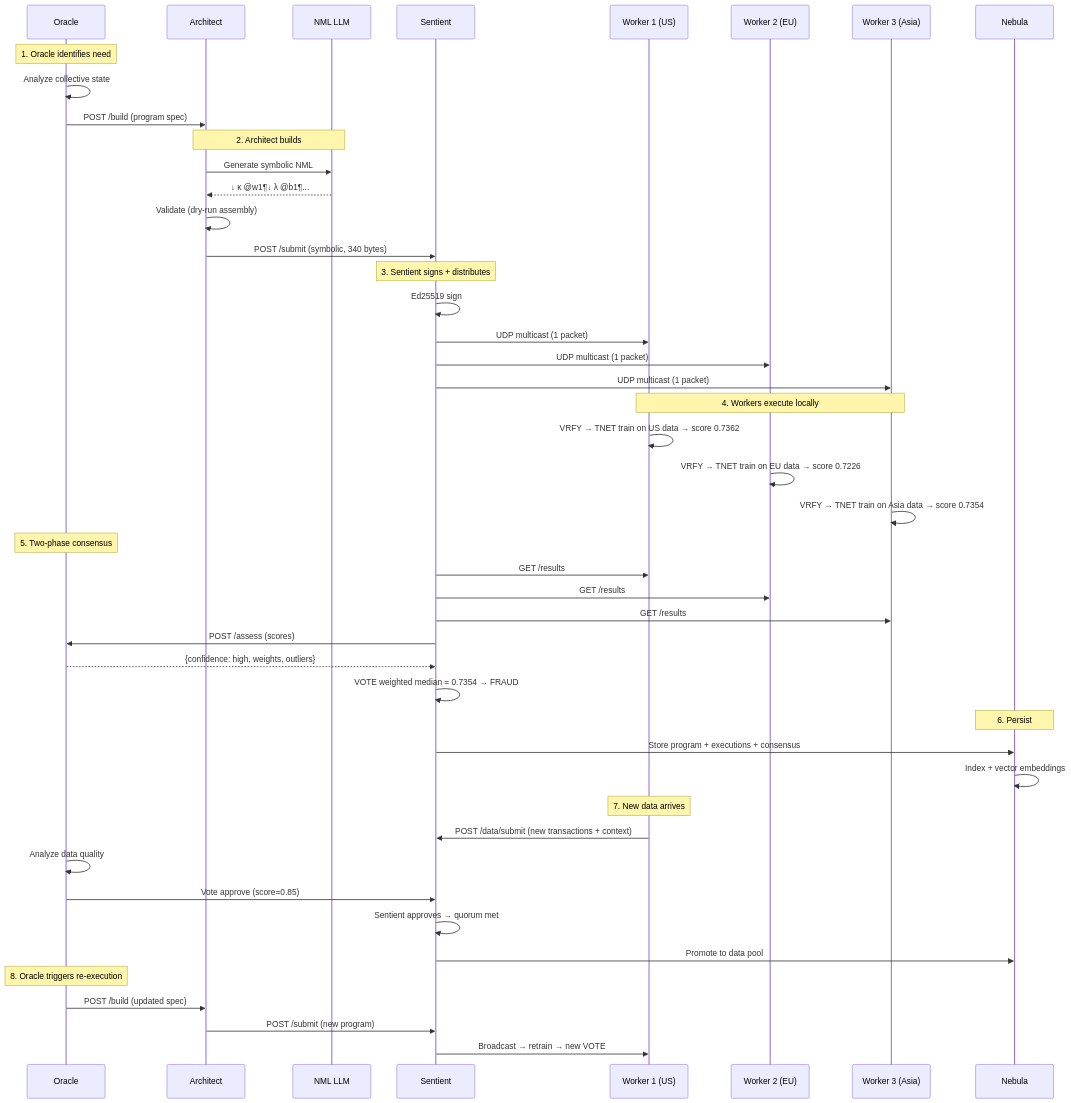
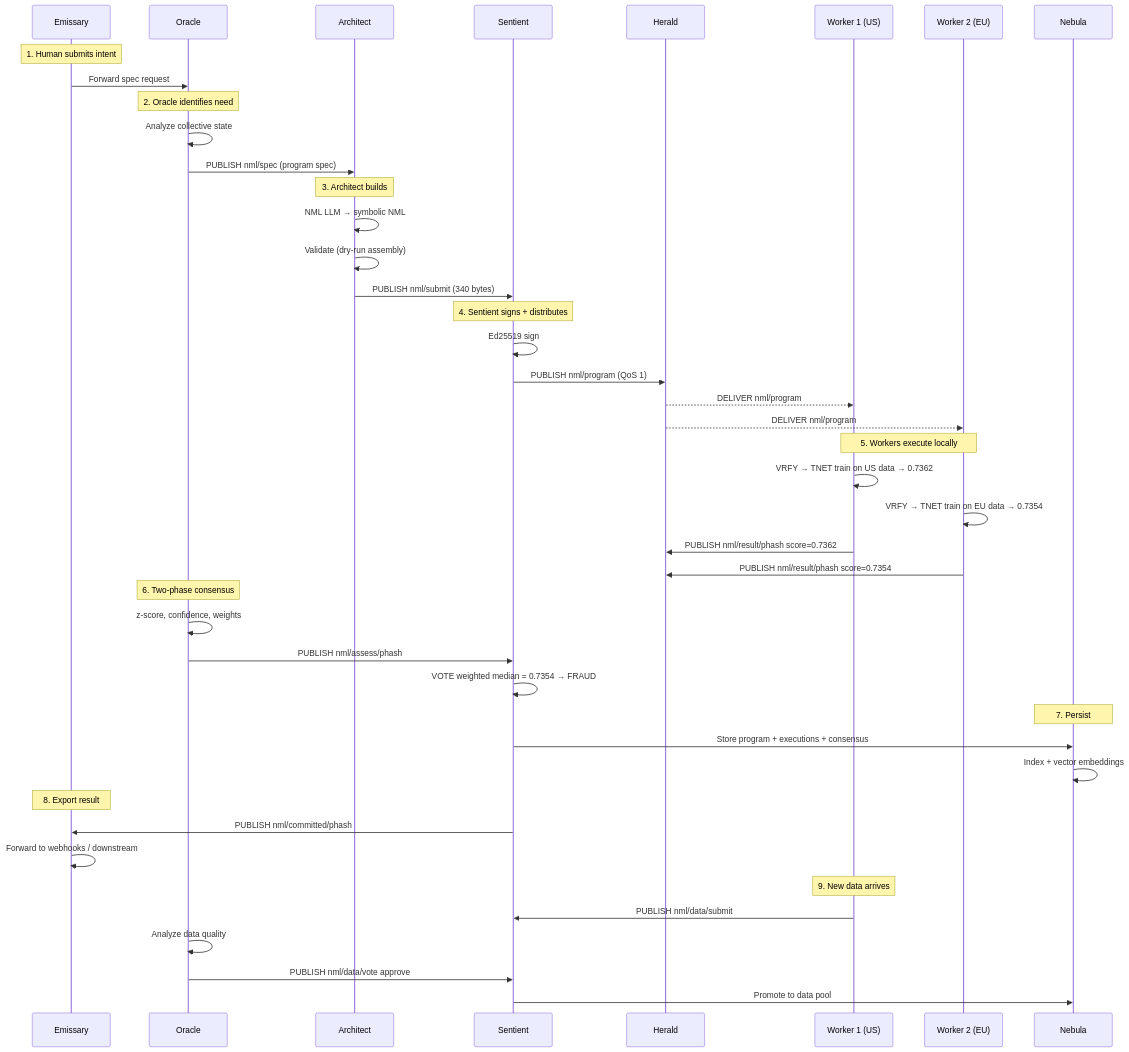
The fifth of 5 diagrams in docs/SYSTEM_ARCHITECTURE.md (dnamaz/nml-collective), drawn with Mermaid before and after one commit. The commit also changed other lines of this file and 82 other files, not shown here.

````diff
--- a/docs/SYSTEM_ARCHITECTURE.md
+++ b/docs/SYSTEM_ARCHITECTURE.md
@@ -187,56 +181,54 @@
 ```mermaid
 sequenceDiagram
+    participant EM as Emissary
     participant O as Oracle
     participant A as Architect
-    participant LLM as NML LLM
     participant S as Sentient
+    participant H as Herald
     participant W1 as Worker 1 (US)
     participant W2 as Worker 2 (EU)
-    participant W3 as Worker 3 (Asia)
     participant N as Nebula
 
-    Note over O: 1. Oracle identifies need
+    Note over EM: 1. Human submits intent
+    EM->>O: Forward spec request
+
+    Note over O: 2. Oracle identifies need
     O->>O: Analyze collective state
-    O->>A: POST /build (program spec)
+    O->>A: PUBLISH nml/spec (program spec)
 
-    Note over A,LLM: 2. Architect builds
-    A->>LLM: Generate symbolic NML
-    LLM-->>A: ↓ κ @w1¶↓ λ @b1¶...
+    Note over A: 3. Architect builds
+    A->>A: NML LLM → symbolic NML
     A->>A: Validate (dry-run assembly)
-    A->>S: POST /submit (symbolic, 340 bytes)
+    A->>S: PUBLISH nml/submit (340 bytes)
 
-    Note over S: 3. Sentient signs + distributes
+    Note over S: 4. Sentient signs + distributes
     S->>S: Ed25519 sign
-    S->>W1: UDP multicast (1 packet)
-    S->>W2: UDP multicast (1 packet)
-    S->>W3: UDP multicast (1 packet)
+    S->>H: PUBLISH nml/program (QoS 1)
+    H-->>W1: DELIVER nml/program
+    H-->>W2: DELIVER nml/program
 
-    Note over W1,W3: 4. Workers execute locally
-    W1->>W1: VRFY → TNET train on US data → score 0.7362
-    W2->>W2: VRFY → TNET train on EU data → score 0.7226
-    W3->>W3: VRFY → TNET train on Asia data → score 0.7354
+    Note over W1,W2: 5. Workers execute locally
+    W1->>W1: VRFY → TNET train on US data → 0.7362
+    W2->>W2: VRFY → TNET train on EU data → 0.7354
+    W1->>H: PUBLISH nml/result/phash score=0.7362
+    W2->>H: PUBLISH nml/result/phash score=0.7354
 
-    Note over O: 5. Two-phase consensus
-    S->>W1: GET /results
-    S->>W2: GET /results
-    S->>W3: GET /results
-    S->>O: POST /assess (scores)
-    O-->>S: {confidence: high, weights, outliers}
+    Note over O: 6. Two-phase consensus
+    O->>O: z-score, confidence, weights
+    O->>S: PUBLISH nml/assess/phash
     S->>S: VOTE weighted median = 0.7354 → FRAUD
 
-    Note over N: 6. Persist
+    Note over N: 7. Persist
     S->>N: Store program + executions + consensus
     N->>N: Index + vector embeddings
 
-    Note over W1: 7. New data arrives
-    W1->>S: POST /data/submit (new transactions + context)
+    Note over EM: 8. Export result
+    S->>EM: PUBLISH nml/committed/phash
+    EM->>EM: Forward to webhooks / downstream
+
+    Note over W1: 9. New data arrives
+    W1->>S: PUBLISH nml/data/submit
     O->>O: Analyze data quality
-    O->>S: Vote approve (score=0.85)
-    S->>S: Sentient approves → quorum met
+    O->>S: PUBLISH nml/data/vote approve
     S->>N: Promote to data pool
-
-    Note over O: 8. Oracle triggers re-execution
-    O->>A: POST /build (updated spec)
-    A->>S: POST /submit (new program)
-    S->>W1: Broadcast → retrain → new VOTE
 ```
````
